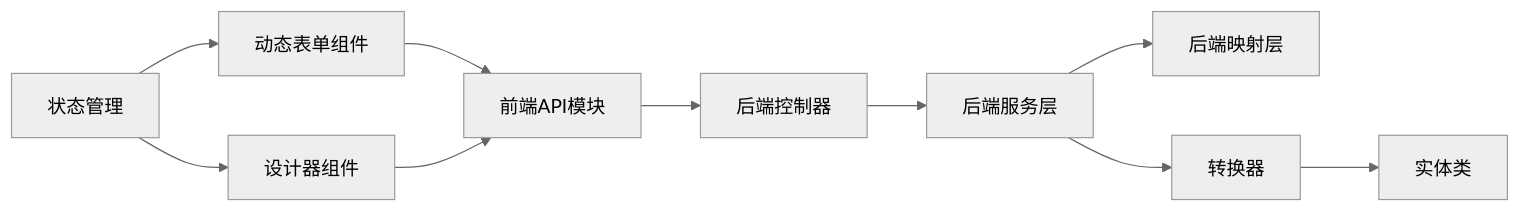
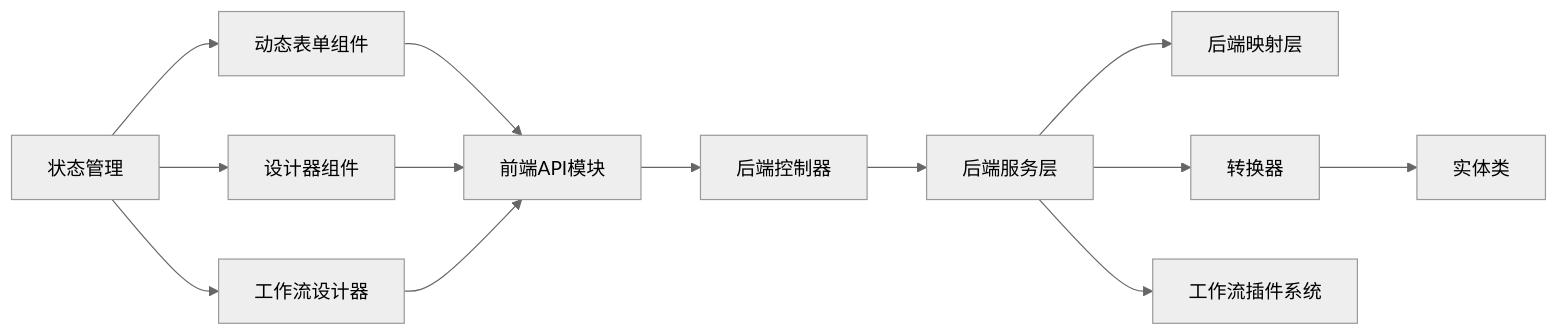
The seventh of 7 diagrams in .qoder/repowiki/zh/content/扩展开发/扩展开发.md (NJMrLi/genetics), drawn with Mermaid (neutral theme) before and after one commit. The commit also changed other lines of this file and 19 other files, not shown here.

````diff
--- a/.qoder/repowiki/zh/content/扩展开发/扩展开发.md
+++ b/.qoder/repowiki/zh/content/扩展开发/扩展开发.md
@@ -307,12 +521,15 @@
 ```mermaid
 graph LR
 FE_API["前端API模块"] --> BE_CTRL["后端控制器"]
 BE_CTRL --> BE_SRV["后端服务层"]
 BE_SRV --> BE_MAP["后端映射层"]
 BE_SRV --> BE_CONV["转换器"]
 BE_CONV --> BE_ENT["实体类"]
+BE_SRV --> BE_PLUGIN["工作流插件系统"]
 FE_DYN["动态表单组件"] --> FE_API
 FE_DESIGN["设计器组件"] --> FE_API
+FE_WORKFLOW["工作流设计器"] --> FE_API
 FE_STORE["状态管理"] --> FE_DYN
 FE_STORE --> FE_DESIGN
+FE_STORE --> FE_WORKFLOW
 ```
````
